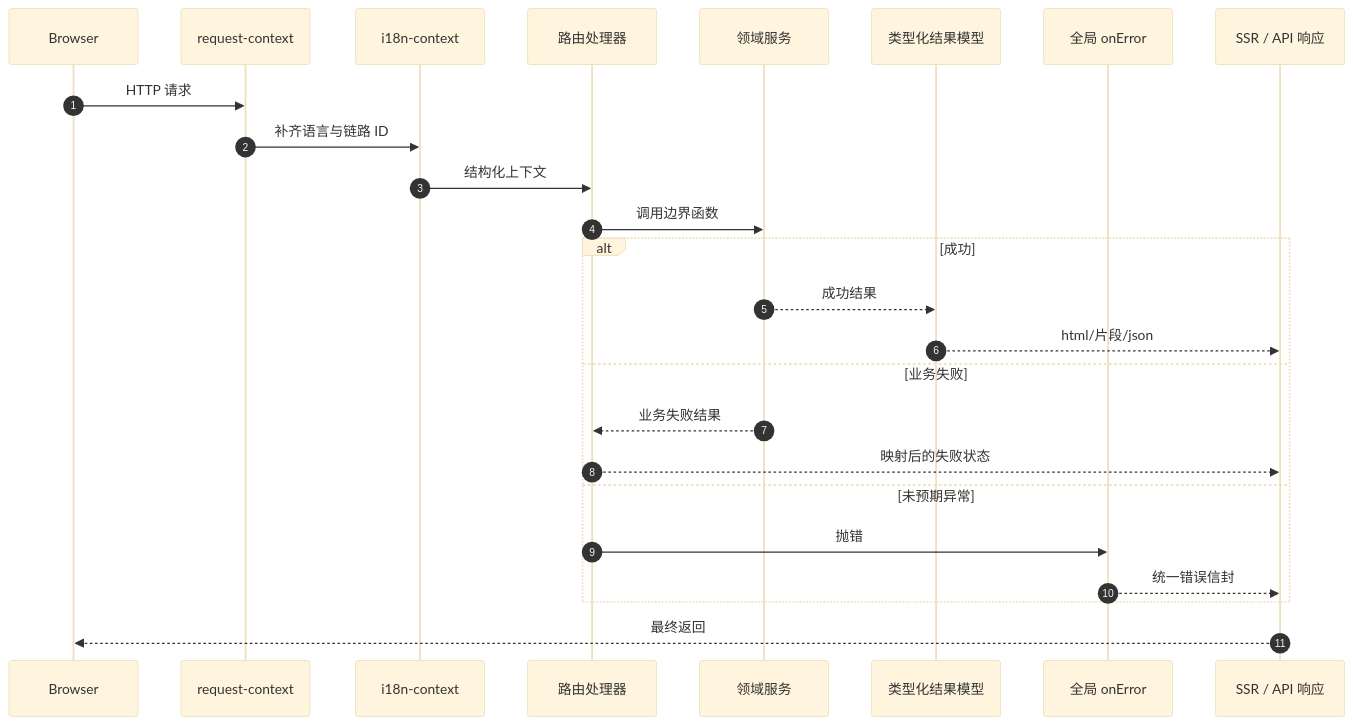
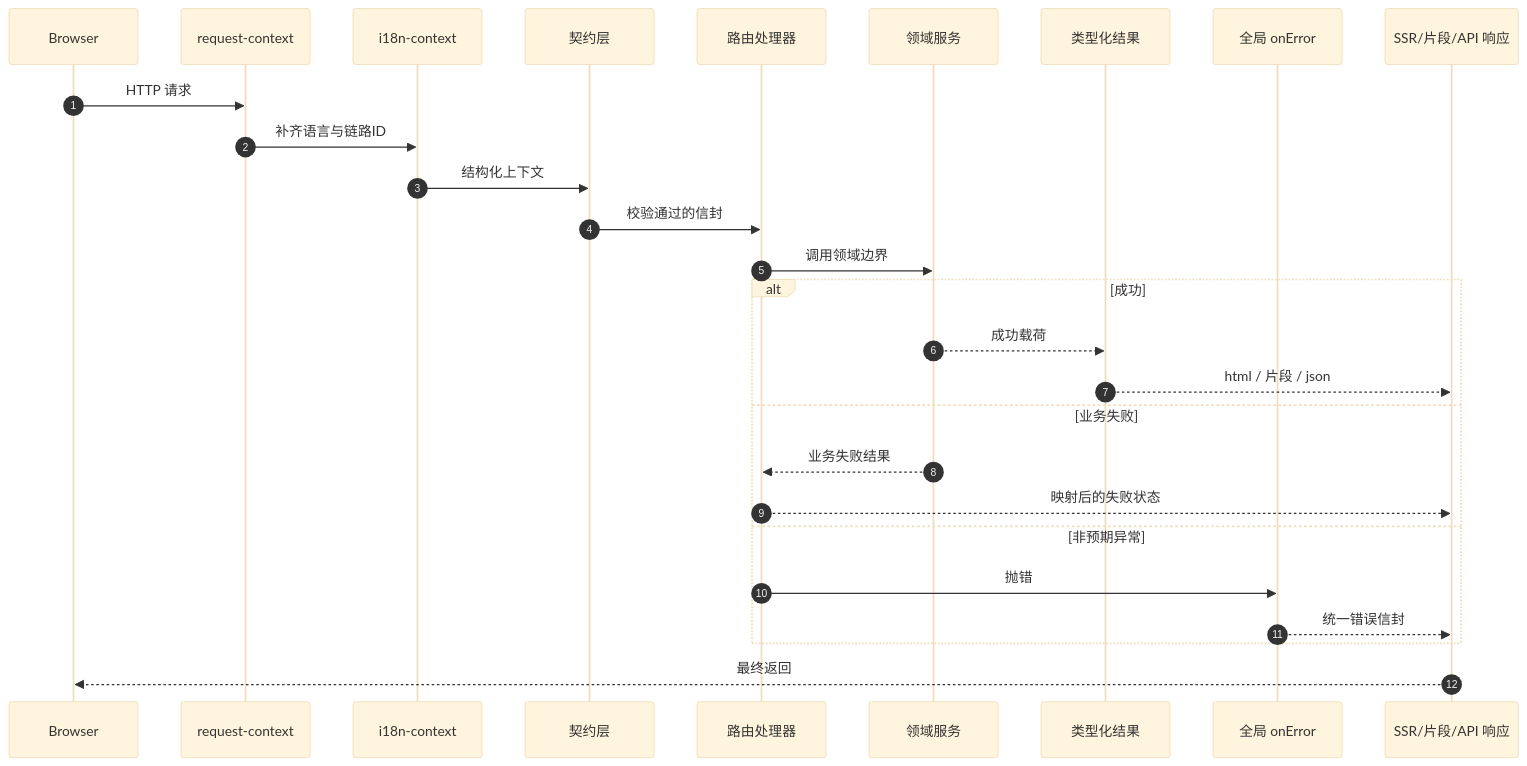
Before and after one commit to d4551/tea: the fourth of 16 diagrams in README.md, drawn with Mermaid (base theme). The commit also changed other lines of this file and 2 other files, not shown here.

````diff
--- a/README.md
+++ b/README.md
@@ -284,28 +328,30 @@
 ```mermaid
 sequenceDiagram
   autonumber
   participant Browser
   participant Ctx as request-context
   participant I18n as i18n-context
+  participant Contract as 契约层
   participant Route as 路由处理器
   participant Service as 领域服务
-  participant Result as 类型化结果模型
+  participant Result as 类型化结果
   participant Error as 全局 onError
-  participant Response as SSR / API 响应
+  participant Resp as SSR/片段/API 响应
 
   Browser->>Ctx: HTTP 请求
-  Ctx->>I18n: 补齐语言与链路 ID
-  I18n->>Route: 结构化上下文
-  Route->>Service: 调用边界函数
+  Ctx->>I18n: 补齐语言与链路ID
+  I18n->>Contract: 结构化上下文
+  Contract->>Route: 校验通过的信封
+  Route->>Service: 调用领域边界
   alt 成功
-    Service-->>Result: 成功结果
-    Result-->>Response: html/片段/json
+    Service-->>Result: 成功载荷
+    Result-->>Resp: html / 片段 / json
   else 业务失败
     Service-->>Route: 业务失败结果
-    Route-->>Response: 映射后的失败状态
-  else 未预期异常
+    Route-->>Resp: 映射后的失败状态
+  else 非预期异常
     Route->>Error: 抛错
-    Error-->>Response: 统一错误信封
+    Error-->>Resp: 统一错误信封
   end
-  Response-->>Browser: 最终返回
+  Resp-->>Browser: 最终返回
 ```
````
